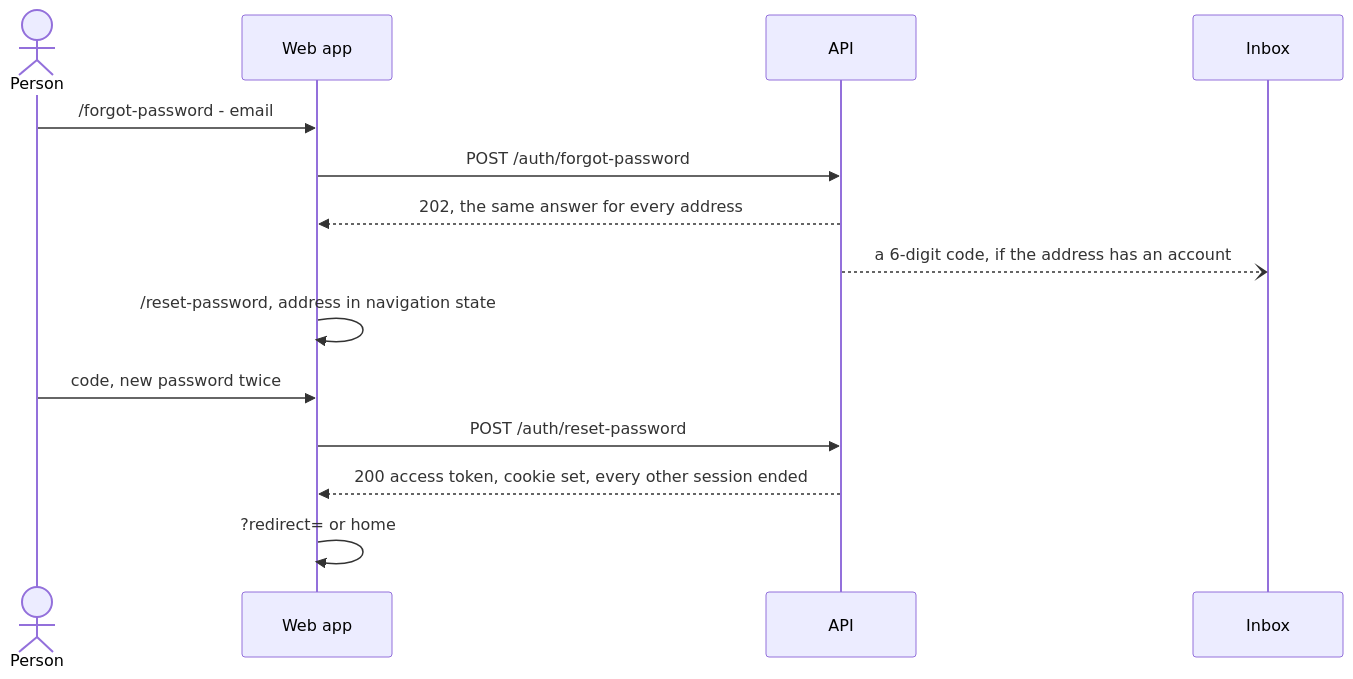
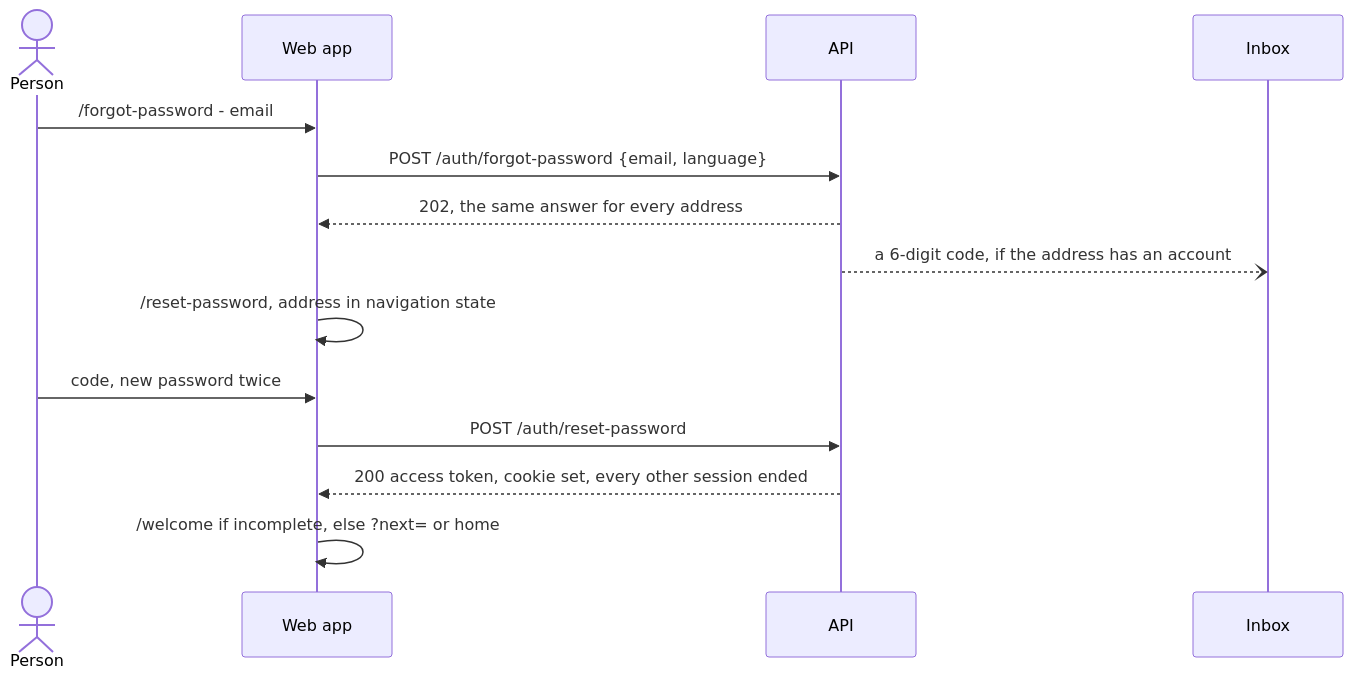
The third of 4 diagrams in docs/auth/pages-and-flows.md (StoriuSs/NezFocus-Frontend), drawn with Mermaid before and after one commit. The commit also changed other lines of this file and 124 other files, not shown here.

````diff
--- a/docs/auth/pages-and-flows.md
+++ b/docs/auth/pages-and-flows.md
@@ -227,16 +300,16 @@
 ```mermaid
 sequenceDiagram
     actor P as Person
     participant App as Web app
     participant API
     participant Inbox
     P->>App: /forgot-password - email
-    App->>API: POST /auth/forgot-password
+    App->>API: POST /auth/forgot-password {email, language}
     API-->>App: 202, the same answer for every address
     API--)Inbox: a 6-digit code, if the address has an account
     App->>App: /reset-password, address in navigation state
     P->>App: code, new password twice
     App->>API: POST /auth/reset-password
     API-->>App: 200 access token, cookie set, every other session ended
-    App->>App: ?redirect= or home
+    App->>App: /welcome if incomplete, else ?next= or home
 ```
````
